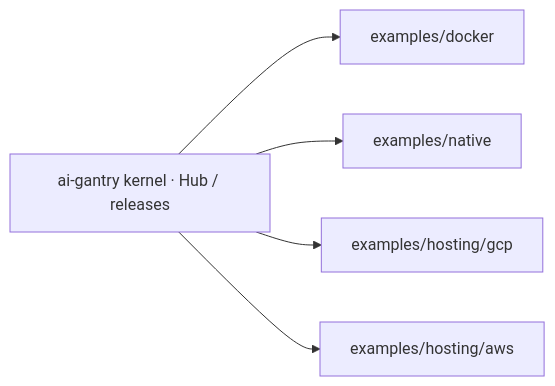
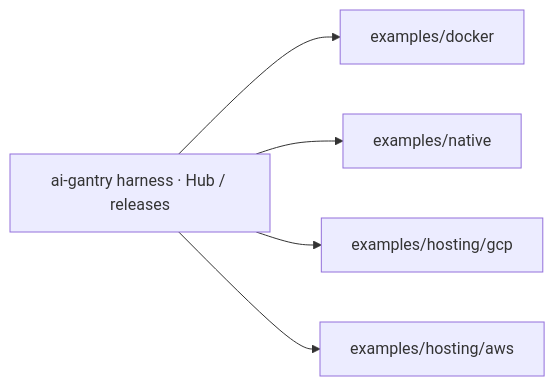
The diagram in examples/README.md (shotah/ai-gantry), drawn with Mermaid before and after one commit. The commit also changed other lines of this file and 98 other files, not shown here.

````diff
--- a/examples/README.md
+++ b/examples/README.md
@@ -24,8 +27,8 @@
 ```mermaid
 flowchart LR
-  K[ai-gantry kernel · Hub / releases]
+  K[ai-gantry harness · Hub / releases]
   K --> D[examples/docker]
   K --> N[examples/native]
   K --> HG[examples/hosting/gcp]
   K --> HA[examples/hosting/aws]
 ```
````
